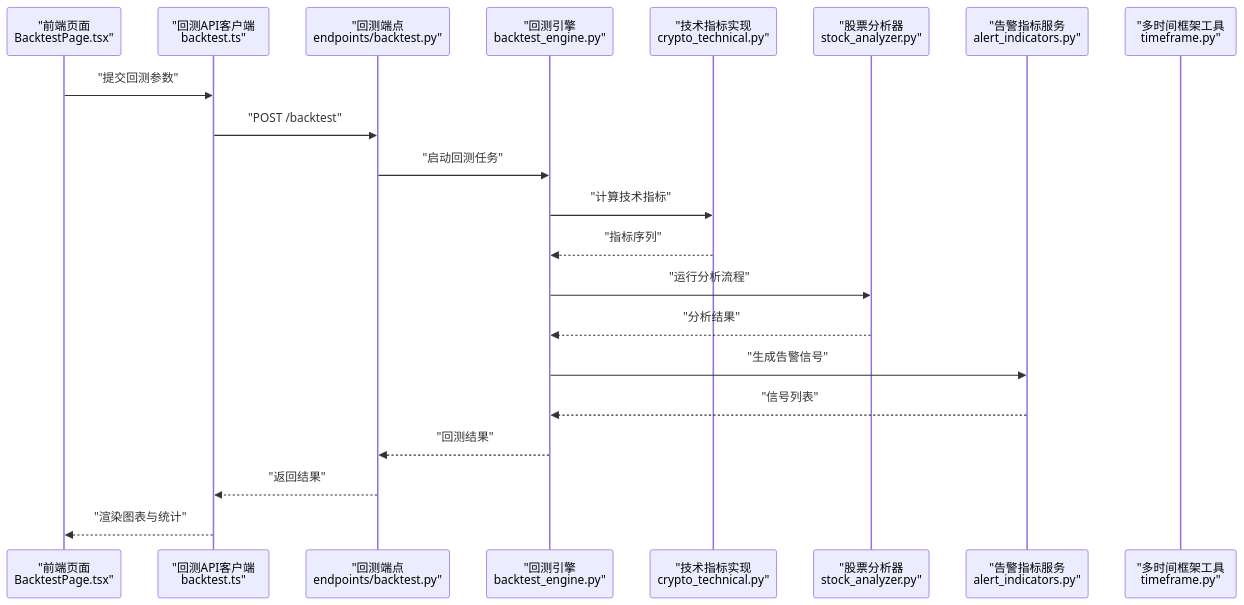
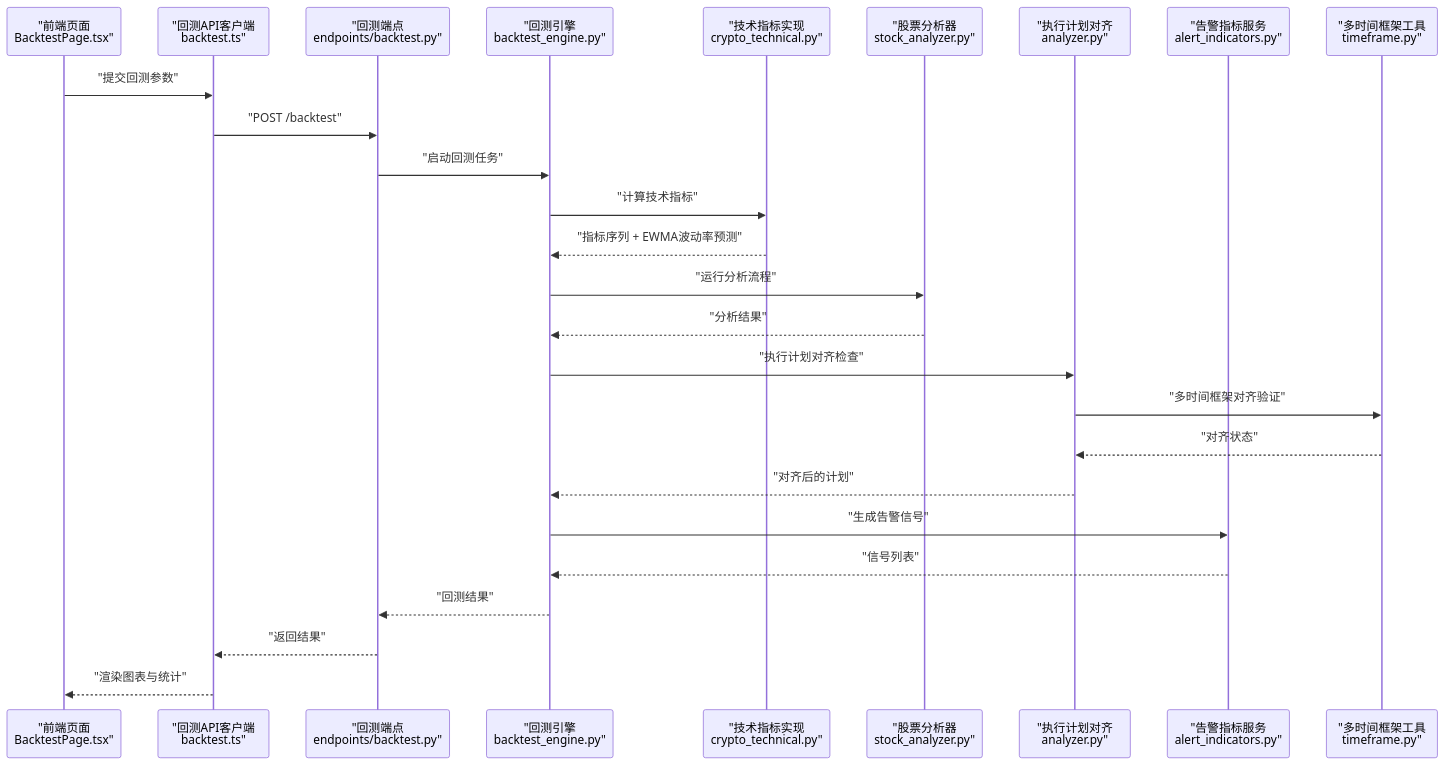
Before and after one commit to anYaoooo/daily_stock_analysis: the second of 10 diagrams in .qoder/repowiki/zh/content/交易策略系统/技术指标系统.md, drawn with Mermaid. The commit also changed other lines of this file and 23 other files, not shown here.

````diff
--- a/.qoder/repowiki/zh/content/交易策略系统/技术指标系统.md
+++ b/.qoder/repowiki/zh/content/交易策略系统/技术指标系统.md
@@ -115,23 +110,28 @@
 ```mermaid
 sequenceDiagram
 participant UI as "前端页面<br/>BacktestPage.tsx"
 participant API as "回测API客户端<br/>backtest.ts"
 participant EP as "回测端点<br/>endpoints/backtest.py"
 participant BE as "回测引擎<br/>backtest_engine.py"
 participant TI as "技术指标实现<br/>crypto_technical.py"
 participant AI as "股票分析器<br/>stock_analyzer.py"
-participant AL as "告警指标服务<br/>alert_indicators.py"
+participant AL as "执行计划对齐<br/>analyzer.py"
+participant AF as "告警指标服务<br/>alert_indicators.py"
 participant TF as "多时间框架工具<br/>timeframe.py"
 UI->>API : "提交回测参数"
 API->>EP : "POST /backtest"
 EP->>BE : "启动回测任务"
 BE->>TI : "计算技术指标"
-TI-->>BE : "指标序列"
+TI-->>BE : "指标序列 + EWMA波动率预测"
 BE->>AI : "运行分析流程"
 AI-->>BE : "分析结果"
-BE->>AL : "生成告警信号"
-AL-->>BE : "信号列表"
+BE->>AL : "执行计划对齐检查"
+AL->>TF : "多时间框架对齐验证"
+TF-->>AL : "对齐状态"
+AL-->>BE : "对齐后的计划"
+BE->>AF : "生成告警信号"
+AF-->>BE : "信号列表"
 BE-->>EP : "回测结果"
 EP-->>API : "返回结果"
 API-->>UI : "渲染图表与统计"
 ```
````
